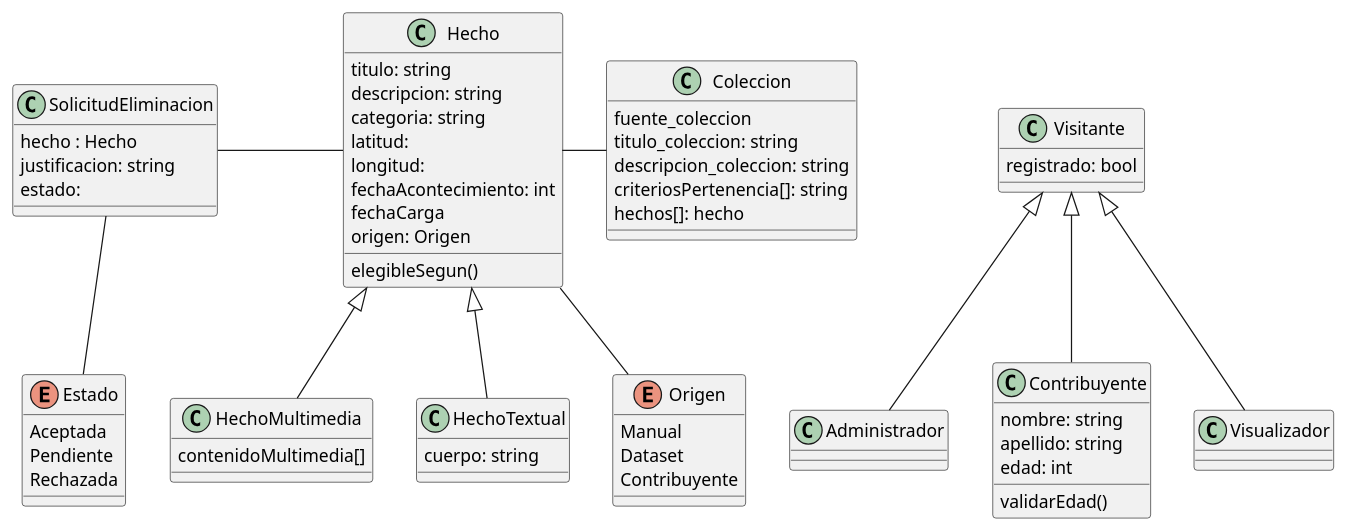
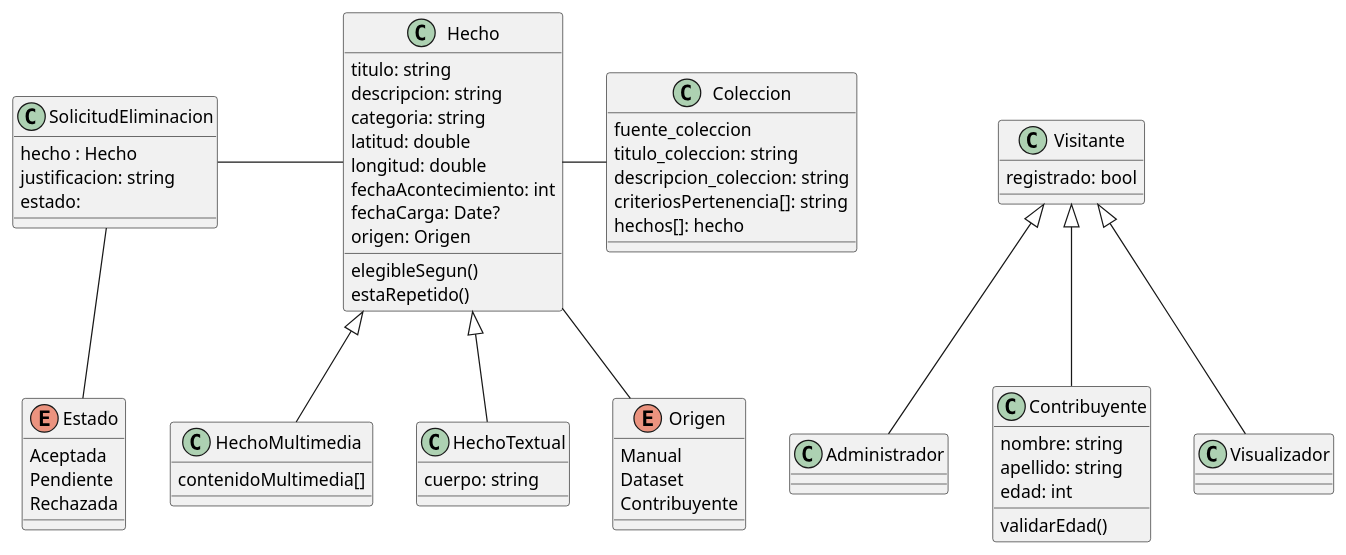
The diagram in diagrama.plantuml (David-Schmidt02/Entrega1-TP-DSI), drawn with PlantUML before and after one commit.

Commit message:
diagrama de clases v1

```diff
--- a/diagrama.plantuml
+++ b/diagrama.plantuml
@@ -1,79 +1,80 @@
 @startuml trabajoPractico
 
 'Clase padre de contribuyente y visualizador
 
 class Visitante {
     registrado: bool
 }
 
 class Administrador extends Visitante {
     
 }
 
 class Contribuyente extends Visitante {
     nombre: string
     apellido: string
     edad: int
     validarEdad()
 }
 
 class Visualizador extends Visitante {
 
 }
 
 class Coleccion {
     fuente_coleccion
     titulo_coleccion: string
     descripcion_coleccion: string
     criteriosPertenencia[]: string
     hechos[]: hecho
 }
 ' DUDA => Criterios: lista de valores/atributos/lo que sea/ o clase
 ' Se diagraman las fuentes en el DC? o podemos dejarlo como un atributo
 ' "Obtención de hechos en lote por archivos CSV, implicancias en el diagrama de clase
 ' 
 
 class Hecho {
     titulo: string
     descripcion: string
     categoria: string 
-    latitud: 
-    longitud:
+    latitud: double
+    longitud: double
     fechaAcontecimiento: int
-    fechaCarga
+    fechaCarga: Date?
     origen: Origen
 
     elegibleSegun()
+    estaRepetido()
 }
 
 class HechoMultimedia extends Hecho {
     contenidoMultimedia[] 
 }
 
 class HechoTextual extends Hecho {
     cuerpo: string
 }
 
 class SolicitudEliminacion {
     hecho : Hecho
     justificacion: string
     estado:
 
 }
 
 enum Estado {
     Aceptada
     Pendiente
     Rechazada
 }
 enum Origen {
     Manual 
     Dataset
     Contribuyente
 }
 
 Hecho -- Origen
 Hecho --left SolicitudEliminacion
 Hecho --right Coleccion
 SolicitudEliminacion -- Estado
 @enduml
```
